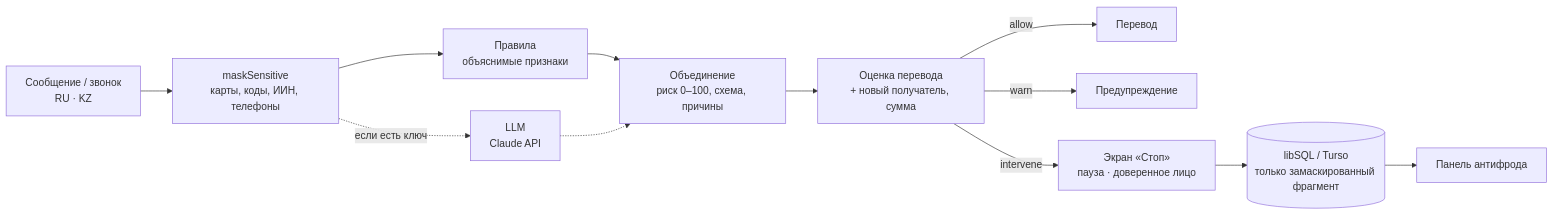
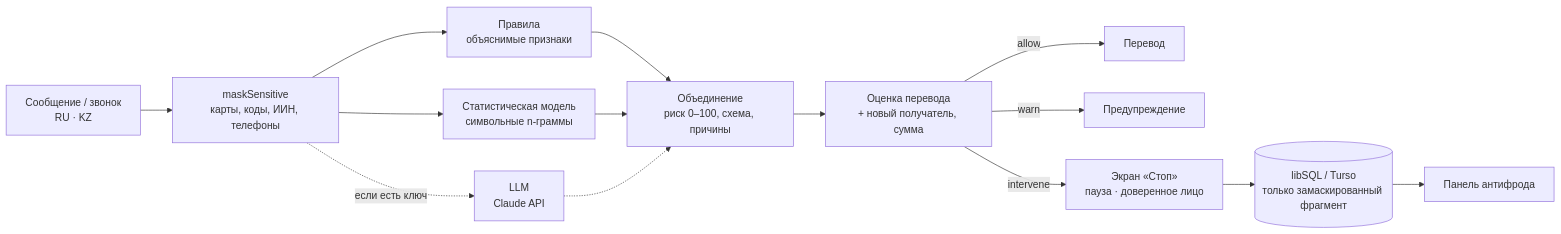
The diagram in README.md (sainoshii/qalqan), drawn with Mermaid before and after one commit. The commit also changed other lines of this file and 5 other files, not shown here.

````diff
--- a/README.md
+++ b/README.md
@@ -54,14 +54,16 @@
 ```mermaid
 flowchart LR
   M[Сообщение / звонок<br/>RU · KZ] --> MASK[maskSensitive<br/>карты, коды, ИИН, телефоны]
   MASK --> R[Правила<br/>объяснимые признаки]
+  MASK --> SM[Статистическая модель<br/>символьные n-граммы]
   MASK -. если есть ключ .-> L[LLM<br/>Claude API]
   R --> C[Объединение<br/>риск 0–100, схема, причины]
+  SM --> C
   L -.-> C
   C --> T[Оценка перевода<br/>+ новый получатель, сумма]
   T -->|allow| OK[Перевод]
   T -->|warn| W[Предупреждение]
   T -->|intervene| S[Экран «Стоп»<br/>пауза · доверенное лицо]
   S --> DB[(libSQL / Turso<br/>только замаскированный фрагмент)]
   DB --> D[Панель антифрода]
 ```
````
